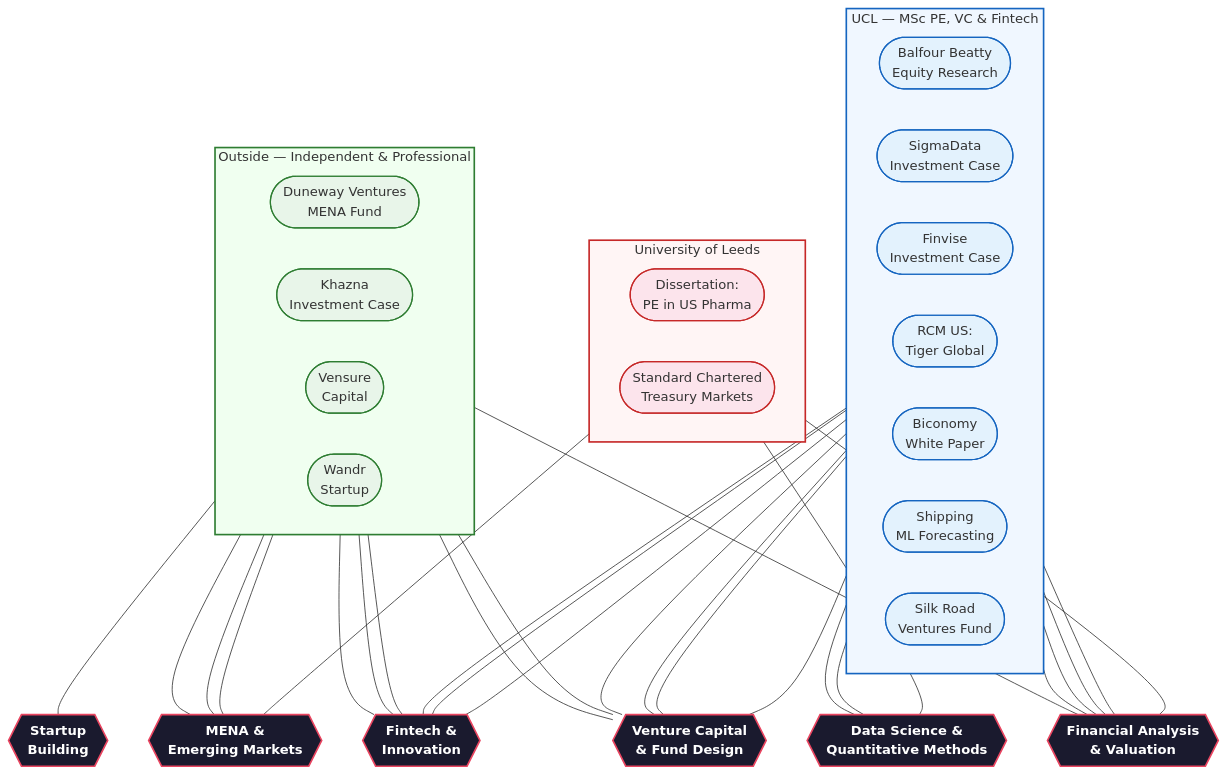
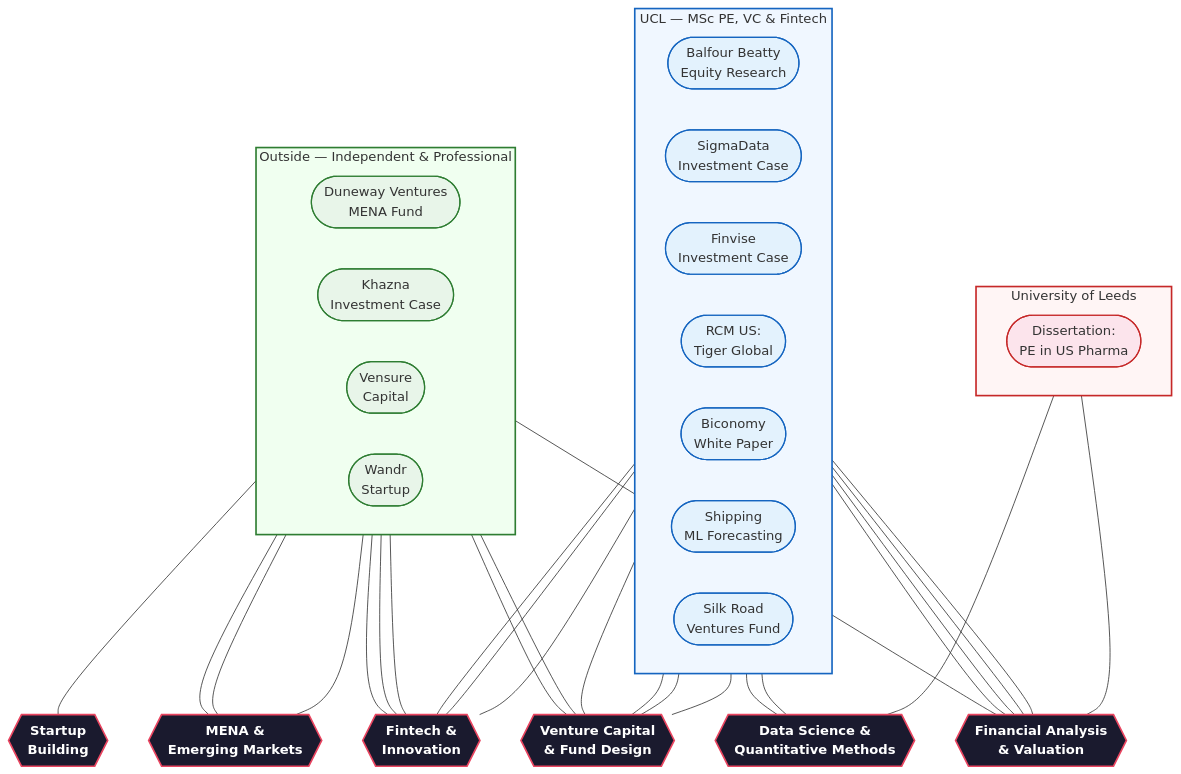
Before and after one commit to karimabbas22/karimabbas22: the diagram in README.md, drawn with Mermaid. The commit also changed other lines of this file and 2 other files, not shown here.

Commit message:
Updated journey file

```diff
--- a/README.md
+++ b/README.md
@@ -35,7 +35,6 @@
     subgraph LEEDS ["University of Leeds"]
         direction LR
         DISS([Dissertation:\nPE in US Pharma])
-        SCB([Standard Chartered\nTreasury Markets])
     end
 
     subgraph UCL_GROUP ["UCL — MSc PE, VC & Fintech"]
@@ -74,7 +73,6 @@
 
     DISS --- FA
     DISS --- DS
-    SCB --- EM
 
     %% ════════════════════════════════════════
     %% CONNECTIONS: UCL → Themes
@@ -119,7 +117,7 @@
     classDef outsideStyle fill:#e8f5e9,stroke:#2e7d32,stroke-width:1.5px,color:#333;
 
     class FA,FT,VCD,DS,EM,SB theme;
-    class DISS,SCB leedsStyle;
+    class DISS leedsStyle;
     class BB,SIGMA,FINVISE,RCM,BICO,SHIP,SILK uclStyle;
     class DUNES,KHAZNA,VENSURE,WANDR outsideStyle;
 
```
